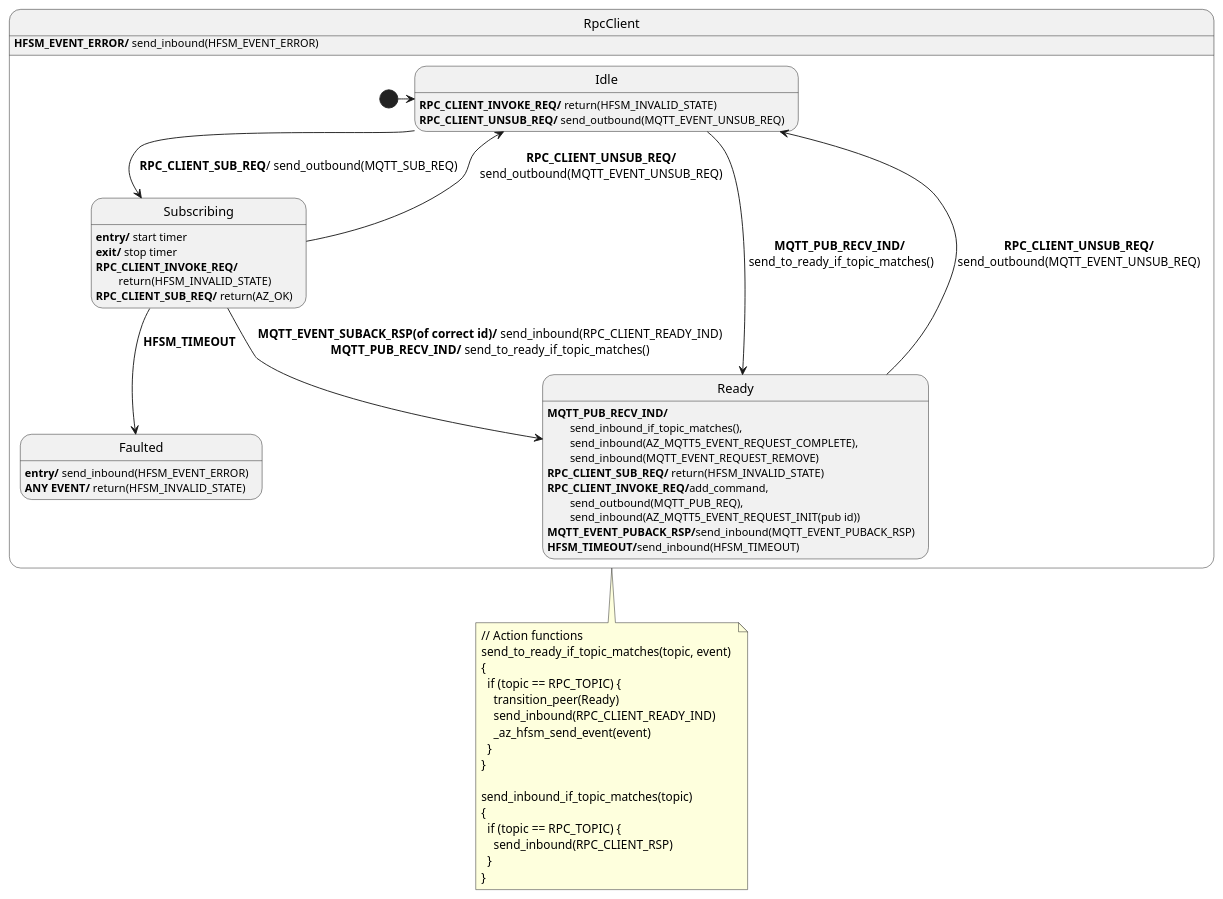
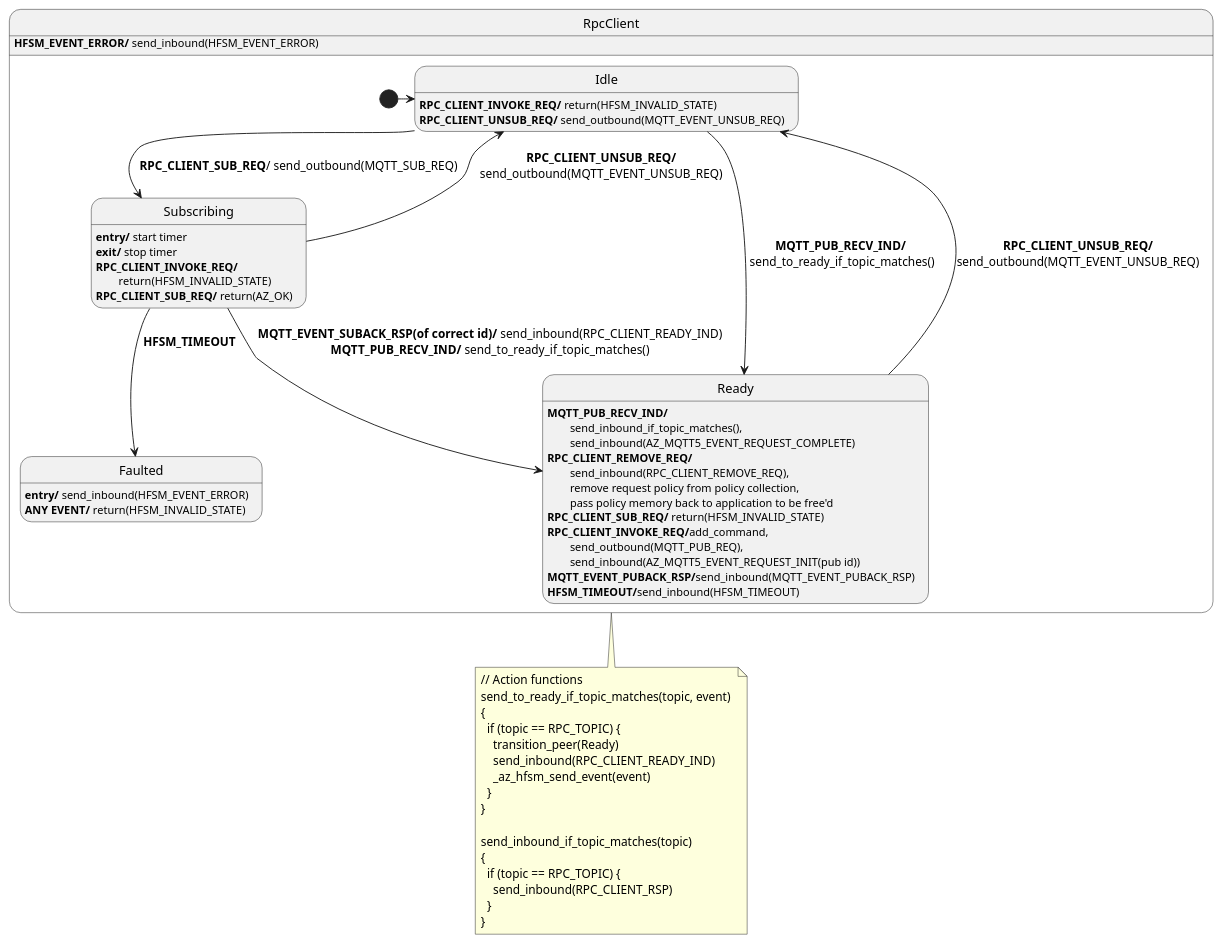
One commit to Azure/azure-sdk-for-c changed the diagram in sdk/docs/core/resources/mqtt_rpc_client.puml. Above: the diagram before and after it, drawn with PlantUML. The commit also changed 7 other files, not shown here.

Commit message:
move request removal and deallocation to the application.

```diff
--- a/sdk/docs/core/resources/mqtt_rpc_client.puml
+++ b/sdk/docs/core/resources/mqtt_rpc_client.puml
@@ -1,57 +1,58 @@
 @startuml
 ' ignore these as handled outside of this diagram: MQTT_EVENT_CONNECT_REQ, MQTT_EVENT_CONNECT_RSP, MQTT_EVENT_DISCONNECT_REQ, MQTT_EVENT_DISCONNECT_RSP
 ' Assumptions:
 ' 0. Unknown events are forwarded (in their original direction, either inbound or outbound).
 ' 1. If RPC_CLIENT_READY_IND hasn't already been sent, RPC_CLIENT_SUB_REQ is guaranteed to respond with either RPC_CLIENT_READY_IND, or HFSM_EVENT_ERROR if the subscribe request timed out.
 ' 2. RPC_CLIENT_READY_IND will not be sent more than once unless the client unsubscribes or gets unsubscribed.
 ' 3. send_inbound, send_outbound are used to send information to the app and network respectively.
 
 state RpcClient {
   state Idle
   Idle : <b>RPC_CLIENT_INVOKE_REQ/</b> return(HFSM_INVALID_STATE)
   Idle : <b>RPC_CLIENT_UNSUB_REQ/</b> send_outbound(MQTT_EVENT_UNSUB_REQ)
 
   state Faulted
   Faulted : <b>entry/</b> send_inbound(HFSM_EVENT_ERROR)
   Faulted : <b>ANY EVENT/</b> return(HFSM_INVALID_STATE)
     
   state Subscribing
   Subscribing : <b>entry/</b> start timer
   Subscribing : <b>exit/</b> stop timer
   Subscribing : <b>RPC_CLIENT_INVOKE_REQ/</b>\n\treturn(HFSM_INVALID_STATE)
   Subscribing : <b>RPC_CLIENT_SUB_REQ/</b> return(AZ_OK) 
 
   [*] -> Idle
   Idle --> Subscribing : <b>RPC_CLIENT_SUB_REQ</b>/ send_outbound(MQTT_SUB_REQ)
   Idle --> Ready : <b>MQTT_PUB_RECV_IND/</b>\n send_to_ready_if_topic_matches()
   Subscribing --> Faulted : <b>HFSM_TIMEOUT</b>
   Subscribing --> Ready : <b>MQTT_EVENT_SUBACK_RSP(of correct id)/</b> send_inbound(RPC_CLIENT_READY_IND)\n<b>MQTT_PUB_RECV_IND/</b> send_to_ready_if_topic_matches()
   Ready --> Idle : <b>RPC_CLIENT_UNSUB_REQ/</b>\nsend_outbound(MQTT_EVENT_UNSUB_REQ)
   Subscribing --> Idle : <b>RPC_CLIENT_UNSUB_REQ/</b>\nsend_outbound(MQTT_EVENT_UNSUB_REQ)
 
-  Ready : <b>MQTT_PUB_RECV_IND/</b>\n\tsend_inbound_if_topic_matches(),\n\tsend_inbound(AZ_MQTT5_EVENT_REQUEST_COMPLETE),\n\tsend_inbound(MQTT_EVENT_REQUEST_REMOVE)
+  Ready : <b>MQTT_PUB_RECV_IND/</b>\n\tsend_inbound_if_topic_matches(),\n\tsend_inbound(AZ_MQTT5_EVENT_REQUEST_COMPLETE)
+  Ready : <b>RPC_CLIENT_REMOVE_REQ/</b>\n\tsend_inbound(RPC_CLIENT_REMOVE_REQ),\n\tremove request policy from policy collection,\n\tpass policy memory back to application to be free'd
   Ready : <b>RPC_CLIENT_SUB_REQ/</b> return(HFSM_INVALID_STATE)
   Ready : <b>RPC_CLIENT_INVOKE_REQ/</b>add_command,\n\tsend_outbound(MQTT_PUB_REQ),\n\tsend_inbound(AZ_MQTT5_EVENT_REQUEST_INIT(pub id))
   Ready : <b>MQTT_EVENT_PUBACK_RSP/</b>send_inbound(MQTT_EVENT_PUBACK_RSP)
   Ready : <b>HFSM_TIMEOUT/</b>send_inbound(HFSM_TIMEOUT)
 }
 RpcClient : <b>HFSM_EVENT_ERROR/</b> send_inbound(HFSM_EVENT_ERROR)
 note bottom of RpcClient
   // Action functions
   send_to_ready_if_topic_matches(topic, event) 
   {
     if (topic == RPC_TOPIC) {
       transition_peer(Ready)
       send_inbound(RPC_CLIENT_READY_IND)
       _az_hfsm_send_event(event)
     }
   }
 
   send_inbound_if_topic_matches(topic) 
   {
     if (topic == RPC_TOPIC) {
       send_inbound(RPC_CLIENT_RSP)
     }
   }
 end note
 @enduml
```
